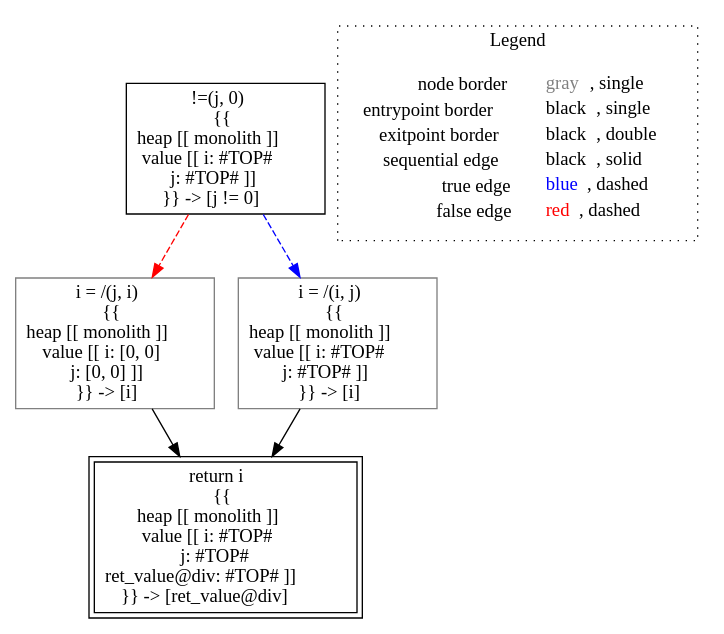
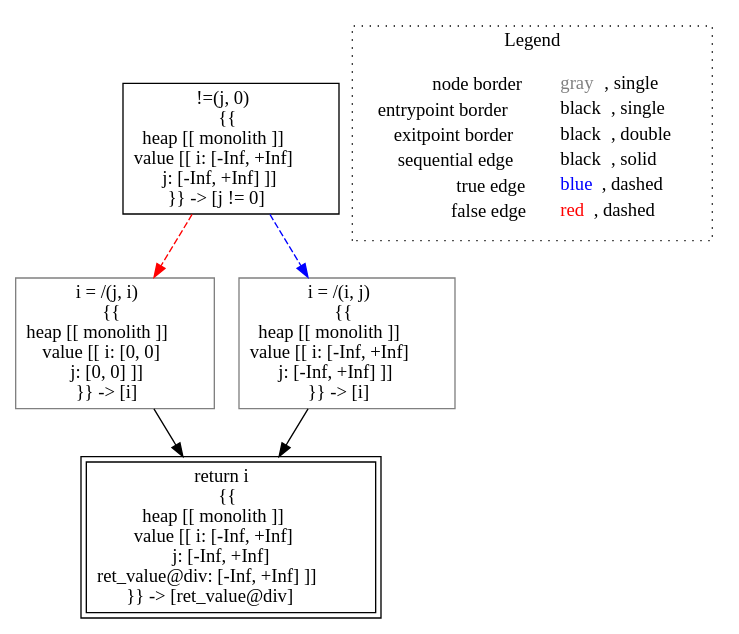
Before and after one commit to lisa-analyzer/lisa: the diagram in lisa/imp-testcases/interval/analysis___untyped_tutorial.div(tutorial_this,_untyped_i,_untyped_j).dot, drawn with Graphviz. The commit also changed 17 other files, not shown here.

```diff
--- a/lisa/imp-testcases/interval/analysis___untyped_tutorial.div(tutorial_this,_untyped_i,_untyped_j).dot
+++ b/lisa/imp-testcases/interval/analysis___untyped_tutorial.div(tutorial_this,_untyped_i,_untyped_j).dot
@@ -1,17 +1,17 @@
 digraph {
-	"node0" [shape="rect",color="black",label=<!=(j, 0)<BR/>{{<BR/>heap [[ monolith ]]<BR/>value [[ i: #TOP#<BR/>j: #TOP# ]]<BR/>}} -&gt; [j != 0]>];
+	"node0" [shape="rect",color="black",label=<!=(j, 0)<BR/>{{<BR/>heap [[ monolith ]]<BR/>value [[ i: [-Inf, +Inf]<BR/>j: [-Inf, +Inf] ]]<BR/>}} -&gt; [j != 0]>];
 	"node1" [shape="rect",color="gray",label=<i = /(j, i)<BR/>{{<BR/>heap [[ monolith ]]<BR/>value [[ i: [0, 0]<BR/>j: [0, 0] ]]<BR/>}} -&gt; [i]>];
-	"node2" [shape="rect",color="black",peripheries="2",label=<return i<BR/>{{<BR/>heap [[ monolith ]]<BR/>value [[ i: #TOP#<BR/>j: #TOP#<BR/>ret_value@div: #TOP# ]]<BR/>}} -&gt; [ret_value@div]>];
-	"node3" [shape="rect",color="gray",label=<i = /(i, j)<BR/>{{<BR/>heap [[ monolith ]]<BR/>value [[ i: #TOP#<BR/>j: #TOP# ]]<BR/>}} -&gt; [i]>];
-	"node1" -> "node2" [color="black"];
+	"node2" [shape="rect",color="gray",label=<i = /(i, j)<BR/>{{<BR/>heap [[ monolith ]]<BR/>value [[ i: [-Inf, +Inf]<BR/>j: [-Inf, +Inf] ]]<BR/>}} -&gt; [i]>];
+	"node3" [shape="rect",color="black",peripheries="2",label=<return i<BR/>{{<BR/>heap [[ monolith ]]<BR/>value [[ i: [-Inf, +Inf]<BR/>j: [-Inf, +Inf]<BR/>ret_value@div: [-Inf, +Inf] ]]<BR/>}} -&gt; [ret_value@div]>];
+	"node1" -> "node3" [color="black"];
 	"node0" -> "node1" [color="red",style="dashed"];
-	"node0" -> "node3" [color="blue",style="dashed"];
-	"node3" -> "node2" [color="black"];
+	"node0" -> "node2" [color="blue",style="dashed"];
+	"node2" -> "node3" [color="black"];
 subgraph cluster_legend {
 	label="Legend";
 	style=dotted;
 	node [shape=plaintext];
 	"legend" [label=<<table border="0" cellpadding="2" cellspacing="0" cellborder="0"><tr><td align="right">node border&nbsp;</td><td align="left"><font color="gray">gray</font>, single</td></tr><tr><td align="right">entrypoint border&nbsp;</td><td align="left"><font color="black">black</font>, single</td></tr><tr><td align="right">exitpoint border&nbsp;</td><td align="left"><font color="black">black</font>, double</td></tr><tr><td align="right">sequential edge&nbsp;</td><td align="left"><font color="black">black</font>, solid</td></tr><tr><td align="right">true edge&nbsp;</td><td align="left"><font color="blue">blue</font>, dashed</td></tr><tr><td align="right">false edge&nbsp;</td><td align="left"><font color="red">red</font>, dashed</td></tr></table>>];
 }
 
 }
```
